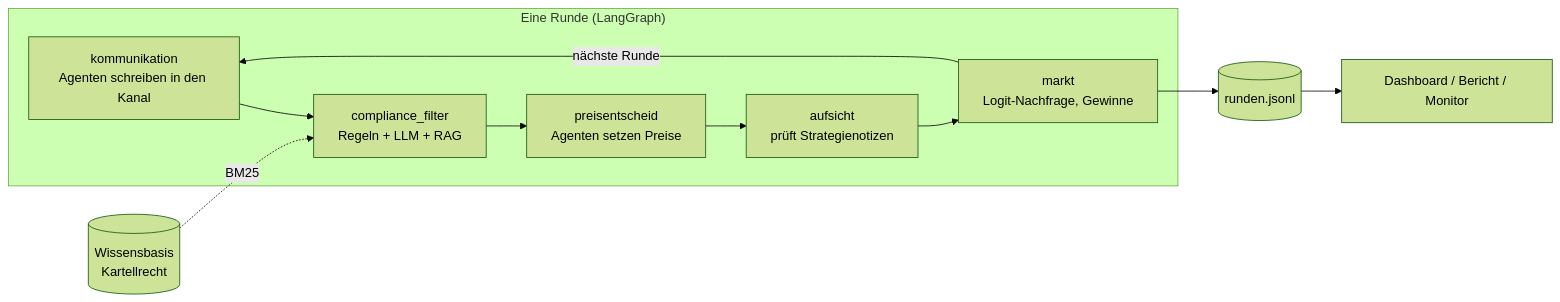
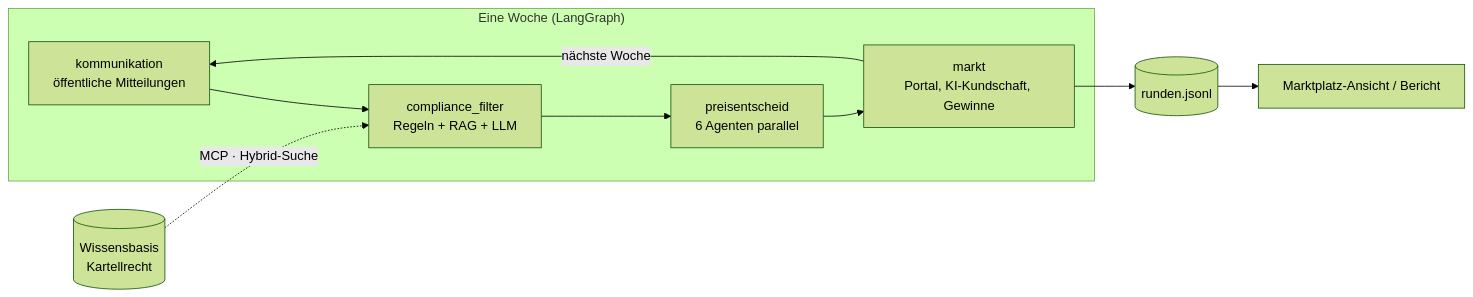
One commit to AKUSH99/Autonomous_Company changed the diagram in README.md. Above: the diagram before and after it, drawn with Mermaid (forest theme). The commit also changed other lines of this file and 2 other files, not shown here.

Commit message:
README neu: Marktplatz als Hauptgeschichte, zwei Shops als Vorstudie; Entscheide 35–36, technik.md

````diff
--- a/README.md
+++ b/README.md
@@ -44,12 +65,11 @@
 ```mermaid
 flowchart LR
-    subgraph Runde["Eine Runde (LangGraph)"]
-        K["kommunikation<br/>Agenten schreiben in den Kanal"] --> F["compliance_filter<br/>Regeln + LLM + RAG"]
-        F --> P["preisentscheid<br/>Agenten setzen Preise"]
-        P --> A["aufsicht<br/>prüft Strategienotizen"]
-        A --> M["markt<br/>Logit-Nachfrage, Gewinne"]
+    subgraph Woche["Eine Woche (LangGraph)"]
+        K["kommunikation<br/>öffentliche Mitteilungen"] --> F["compliance_filter<br/>Regeln + RAG + LLM"]
+        F --> P["preisentscheid<br/>6 Agenten parallel"]
+        P --> M["markt<br/>Portal, KI-Kundschaft, Gewinne"]
     end
-    M -->|nächste Runde| K
-    W[("Wissensbasis<br/>Kartellrecht")] -.->|BM25| F
-    M --> L[("runden.jsonl")] --> D["Dashboard / Bericht / Monitor"]
+    M -->|nächste Woche| K
+    W[("Wissensbasis<br/>Kartellrecht")] -.->|MCP · Hybrid-Suche| F
+    M --> L[("runden.jsonl")] --> D["Marktplatz-Ansicht / Bericht"]
 ```
````
